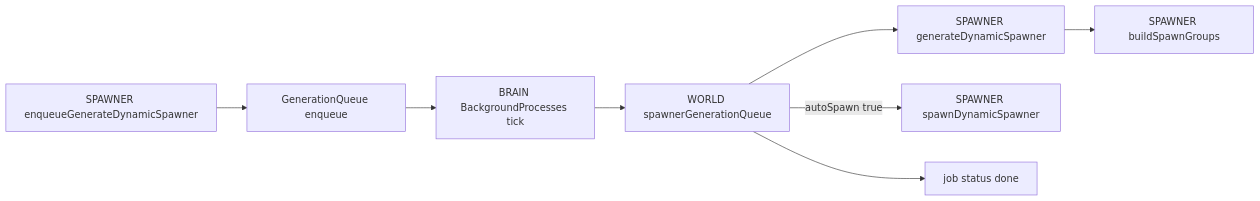
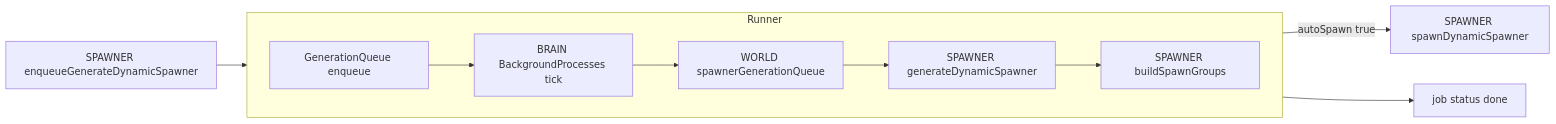
One commit to Gh0st352/AETHR changed the fourth of 4 diagrams in docs/spawner/async.md. Above: the diagram before and after it, drawn with Mermaid. The commit also changed other lines of this file and 9 other files, not shown here.

First line of the commit message:
docs(spawner, mermaid): restructure diagrams and clarify headings

````diff
--- a/docs/spawner/async.md
+++ b/docs/spawner/async.md
@@ -101,10 +111,17 @@
 ```mermaid
+%% shared theme: docs/_mermaid/theme.json %%
 flowchart LR
   ENQ[SPAWNER enqueueGenerateDynamicSpawner] --> Q[GenerationQueue enqueue]
-  Q --> BG[BRAIN BackgroundProcesses tick]
-  BG --> WQ[WORLD spawnerGenerationQueue]
-  WQ --> GEN[SPAWNER generateDynamicSpawner]
-  GEN --> BUILD[SPAWNER buildSpawnGroups]
+  subgraph "Runner"
+    direction LR
+    Q --> BG[BRAIN BackgroundProcesses tick]
+    BG --> WQ[WORLD spawnerGenerationQueue]
+    WQ --> GEN[SPAWNER generateDynamicSpawner]
+    GEN --> BUILD[SPAWNER buildSpawnGroups]
+  end
   WQ --> |autoSpawn true| SPAWN[SPAWNER spawnDynamicSpawner]
   WQ --> DONE[job status done]
+  class ENQ class_io;
+  class Q,BG,WQ,GEN,BUILD,SPAWN class_step;
+  class DONE class_result;
 ```
````
